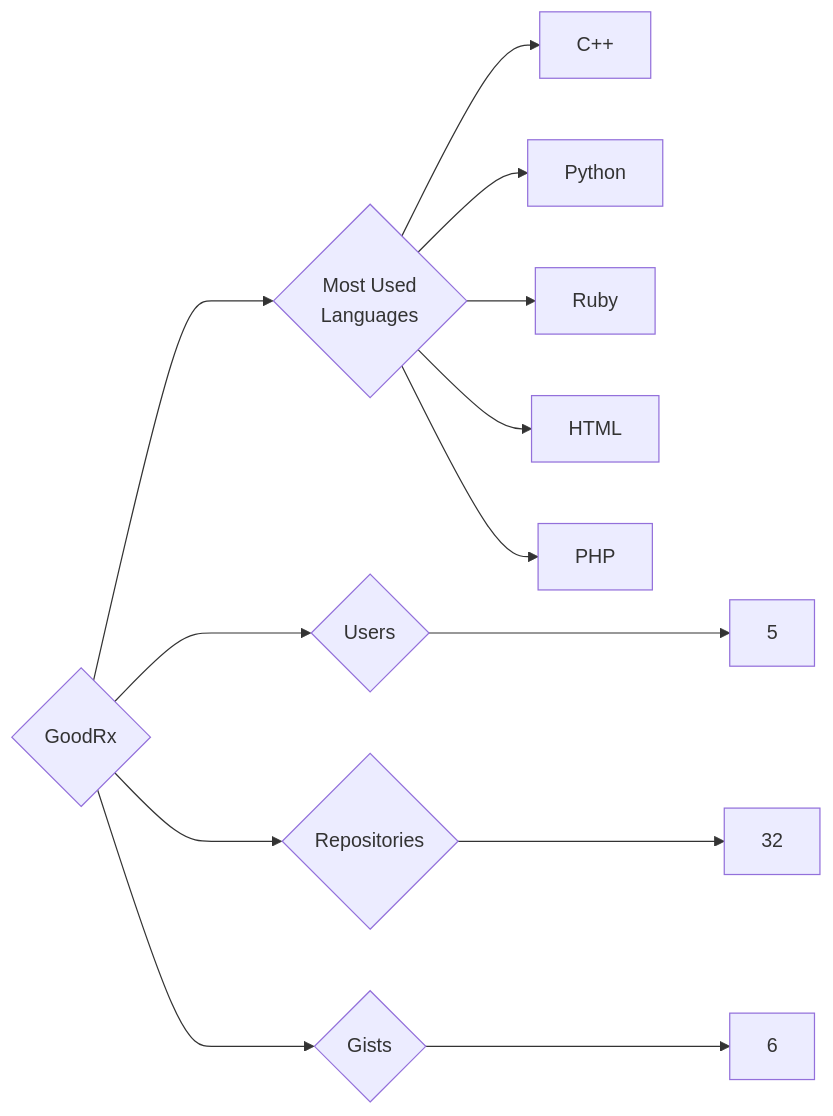
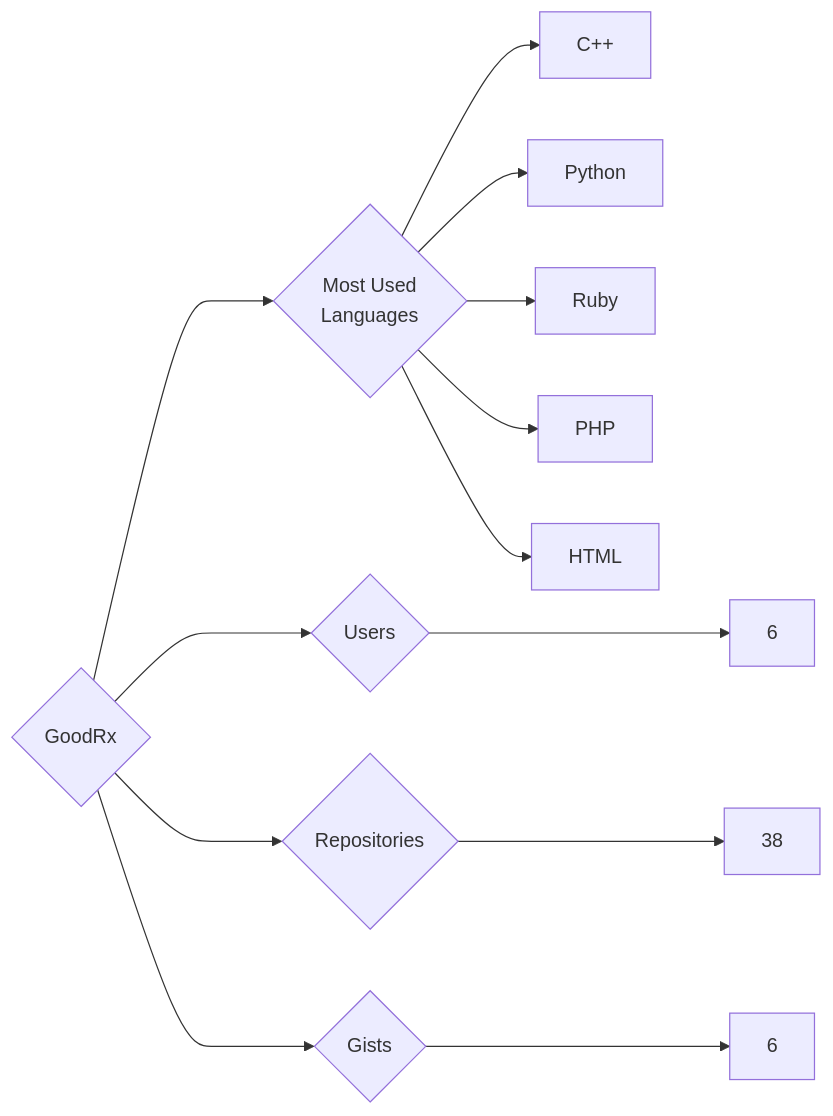
One commit to trickest/insiders changed the diagram in targets/GoodRx/README.md. Above: the diagram before and after it, drawn with Mermaid. The commit also changed 815 other files, not shown here.

````diff
--- a/targets/GoodRx/README.md
+++ b/targets/GoodRx/README.md
@@ -3,13 +3,13 @@
 ```mermaid
 graph LR
 COMPANY_NAME{GoodRx}
-COMPANY_NAME ---> U{Users} ---> UN[5]
-COMPANY_NAME ---> R{Repositories} ---> RN[32]
+COMPANY_NAME ---> U{Users} ---> UN[6]
+COMPANY_NAME ---> R{Repositories} ---> RN[38]
 COMPANY_NAME ---> G{Gists} ---> GN[6]
 COMPANY_NAME ---> ML{Most Used<br>Languages}
 ML --> C++[C++]
 ML --> Python[Python]
 ML --> Ruby[Ruby]
+ML --> PHP[PHP]
 ML --> HTML[HTML]
-ML --> PHP[PHP]
 ```
````
